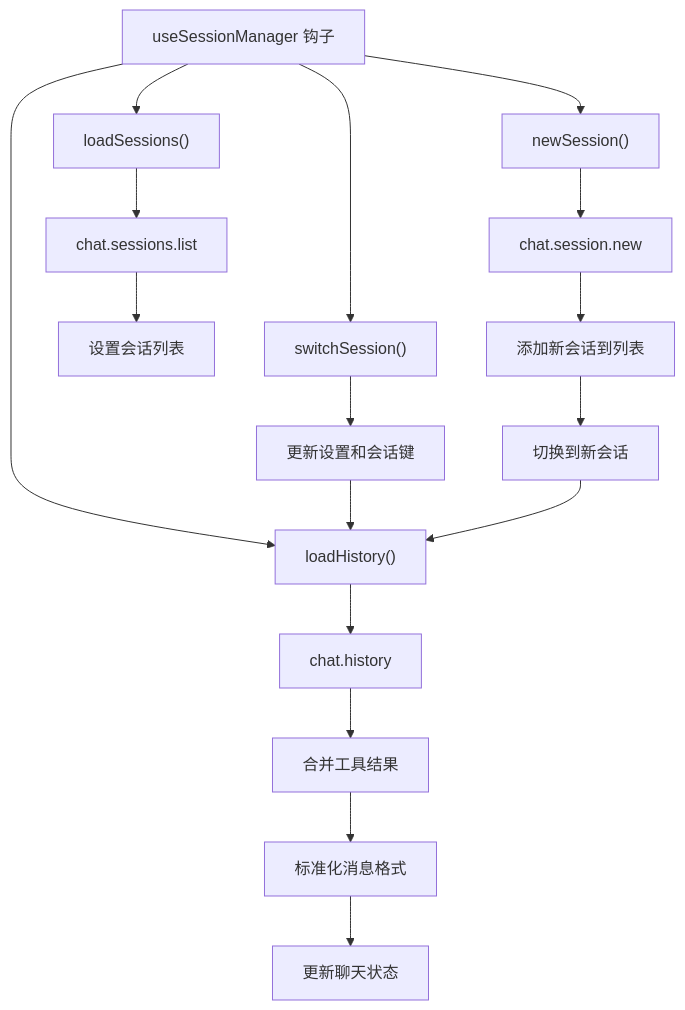
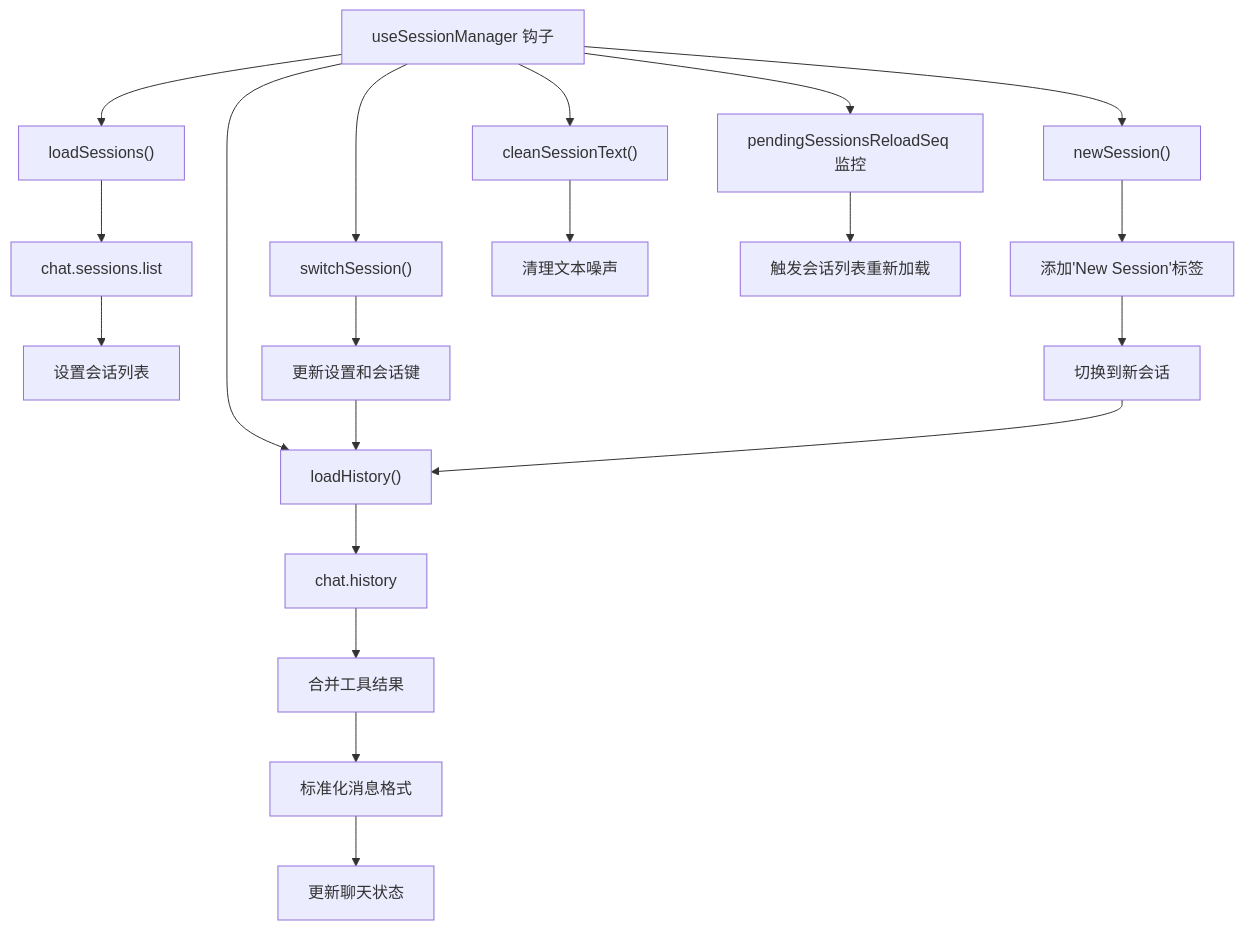
One commit to verse-ai-org/openclaw changed diagram 12 of 15 in .qoder/repowiki/zh/content/核心概念/会话管理.md. Above: the diagram before and after it, drawn with Mermaid. The commit also changed other lines of this file and 55 other files, not shown here.

````diff
--- a/.qoder/repowiki/zh/content/核心概念/会话管理.md
+++ b/.qoder/repowiki/zh/content/核心概念/会话管理.md
@@ -542,19 +674,22 @@
 ```mermaid
 flowchart TD
 USM["useSessionManager 钩子"] --> LS["loadSessions()"]
 USM --> LH["loadHistory()"]
 USM --> SS["switchSession()"]
 USM --> NS["newSession()"]
+USM --> CST["cleanSessionText()"]
+USM --> PRS["pendingSessionsReloadSeq 监控"]
 LS --> RPC1["chat.sessions.list"]
 RPC1 --> SET1["设置会话列表"]
 LH --> RPC2["chat.history"]
 RPC2 --> MERGE["合并工具结果"]
 MERGE --> NORMALIZE["标准化消息格式"]
 NORMALIZE --> SET2["更新聊天状态"]
 SS --> UPDATE["更新设置和会话键"]
 UPDATE --> LH
-NS --> RPC3["chat.session.new"]
-RPC3 --> ADD["添加新会话到列表"]
+NS --> ADD["添加'New Session'标签"]
 ADD --> SWITCH["切换到新会话"]
 SWITCH --> LH
+CST --> CLEAN["清理文本噪声"]
+PRS --> RELOAD["触发会话列表重新加载"]
 ```
````
